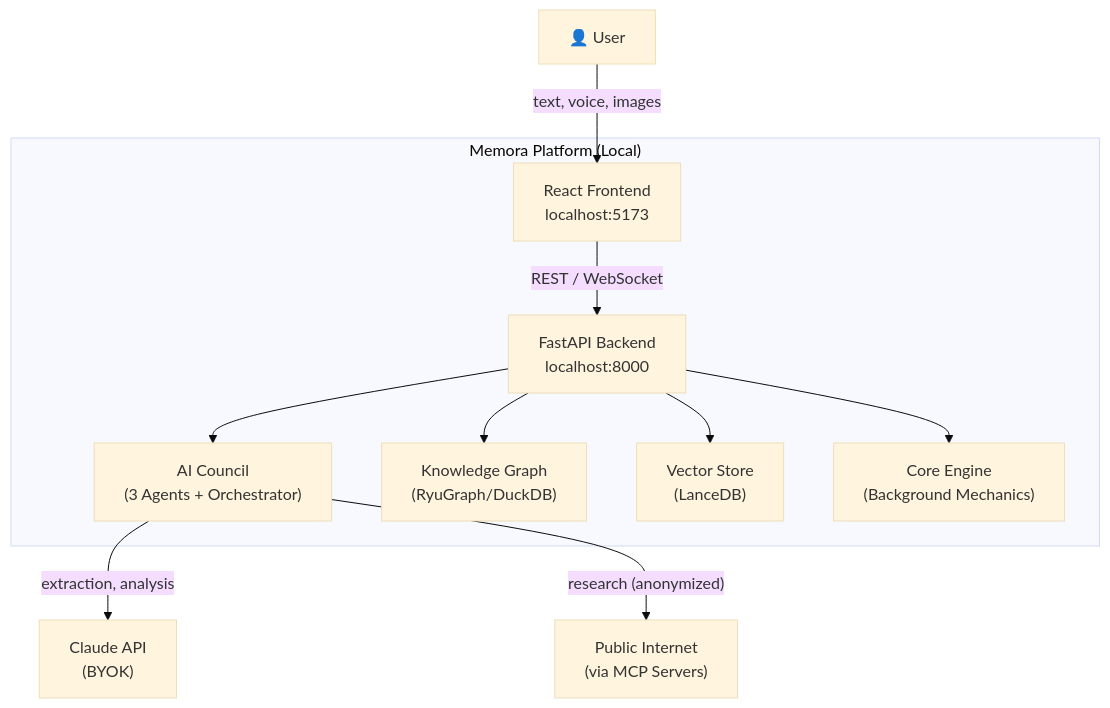
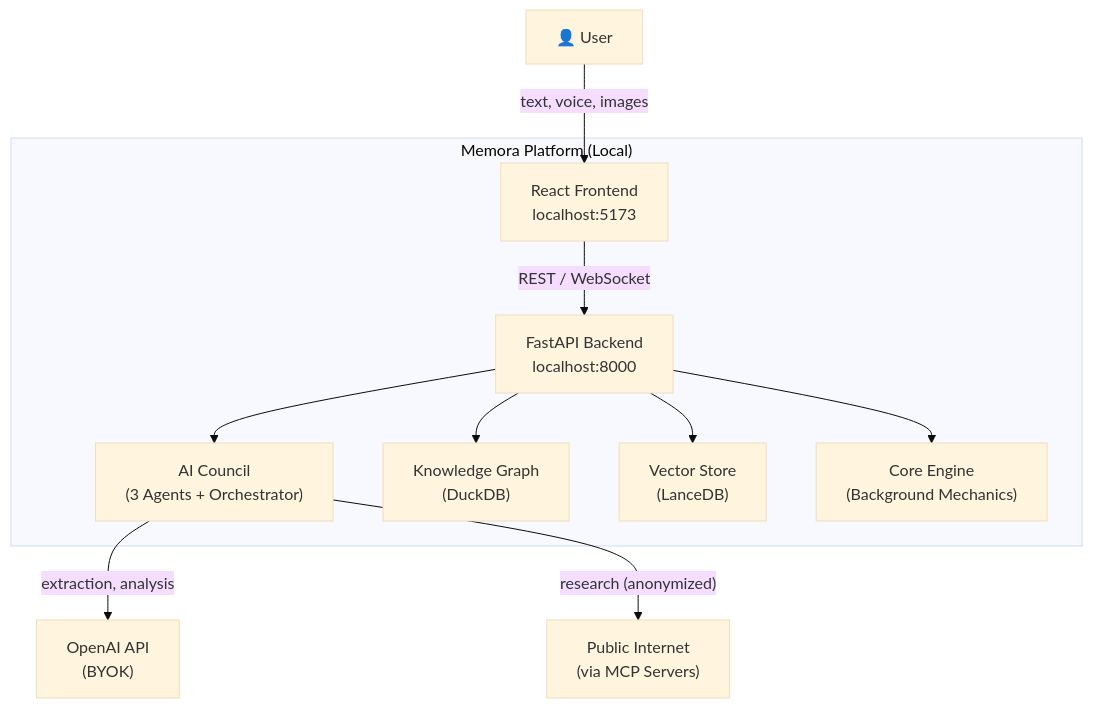
The first of 10 diagrams in ARCHITECTURE.md (dorycui007/Memora), drawn with Mermaid (base theme) before and after one commit. The commit also changed other lines of this file and 1 other file, not shown here.

Commit message:
Update architecture and lecture documentation

````diff
--- a/ARCHITECTURE.md
+++ b/ARCHITECTURE.md
@@ -114,25 +114,25 @@
 ```mermaid
 graph TB
     User["👤 User"]
 
     subgraph Memora["Memora Platform (Local)"]
         Frontend["React Frontend<br/>localhost:5173"]
         API["FastAPI Backend<br/>localhost:8000"]
         Agents["AI Council<br/>(3 Agents + Orchestrator)"]
-        Graph["Knowledge Graph<br/>(RyuGraph/DuckDB)"]
+        Graph["Knowledge Graph<br/>(DuckDB)"]
         Vector["Vector Store<br/>(LanceDB)"]
         Engine["Core Engine<br/>(Background Mechanics)"]
     end
 
-    Claude["Claude API<br/>(BYOK)"]
+    OpenAI["OpenAI API<br/>(BYOK)"]
     Internet["Public Internet<br/>(via MCP Servers)"]
 
     User -->|"text, voice, images"| Frontend
     Frontend -->|"REST / WebSocket"| API
     API --> Agents
     API --> Graph
     API --> Vector
     API --> Engine
-    Agents -->|"extraction, analysis"| Claude
+    Agents -->|"extraction, analysis"| OpenAI
     Agents -->|"research (anonymized)"| Internet
 ```
````
